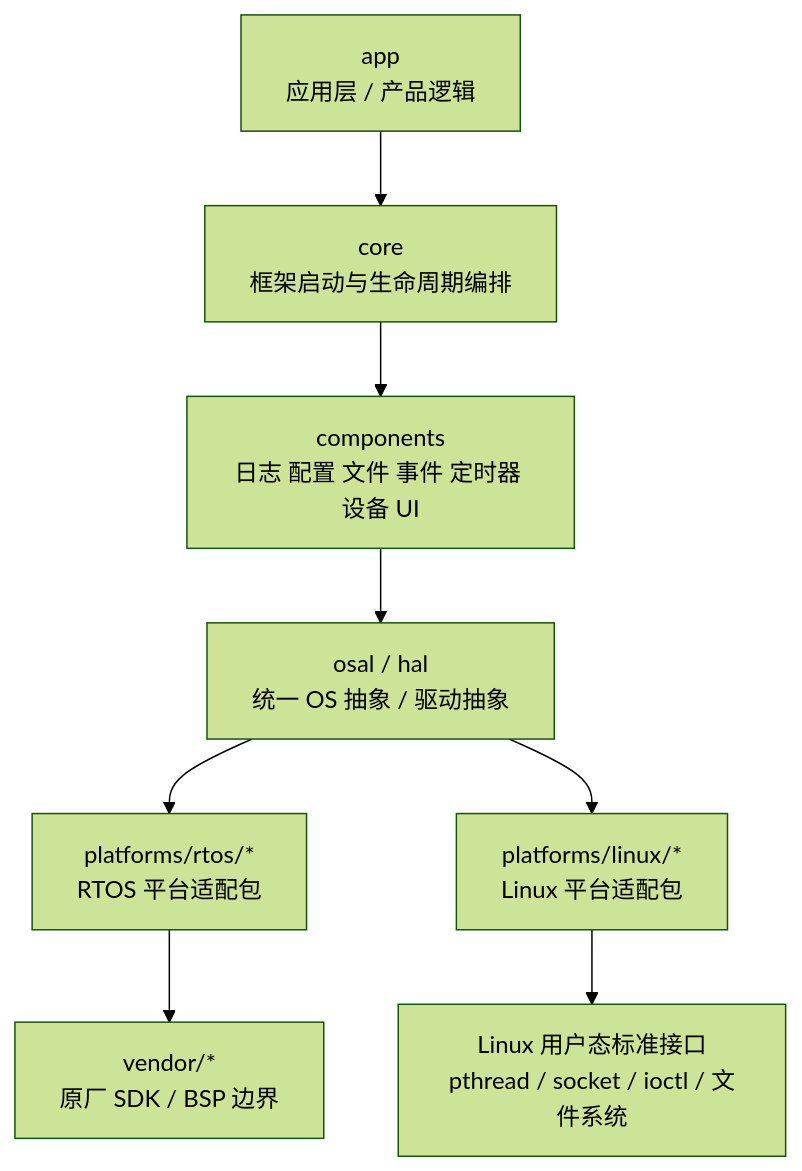
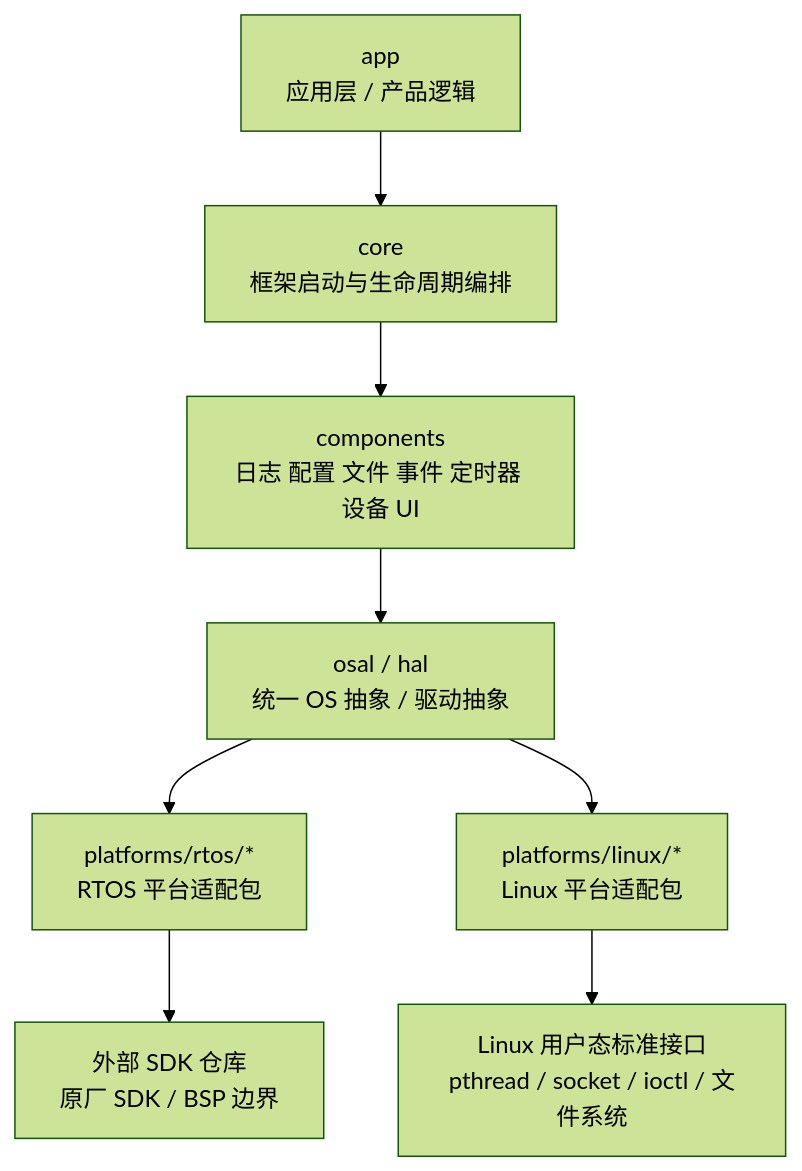
Before and after one commit to baotouyu/embedded-platform-core: the diagram in README.md, drawn with Mermaid (forest theme). The commit also changed other lines of this file and 40 other files, not shown here.

````diff
--- a/README.md
+++ b/README.md
@@ -34,19 +34,19 @@
 ```mermaid
 flowchart TD
     A[app<br/>应用层 / 产品逻辑]
     B[core<br/>框架启动与生命周期编排]
     C[components<br/>日志 配置 文件 事件 定时器 设备 UI]
     D[osal / hal<br/>统一 OS 抽象 / 驱动抽象]
     E1[platforms/rtos/*<br/>RTOS 平台适配包]
     E2[platforms/linux/*<br/>Linux 平台适配包]
-    F1[vendor/*<br/>原厂 SDK / BSP 边界]
+    F1[外部 SDK 仓库<br/>原厂 SDK / BSP 边界]
     F2[Linux 用户态标准接口<br/>pthread / socket / ioctl / 文件系统]
 
     A --> B
     B --> C
     C --> D
     D --> E1
     D --> E2
     E1 --> F1
     E2 --> F2
 ```
````
